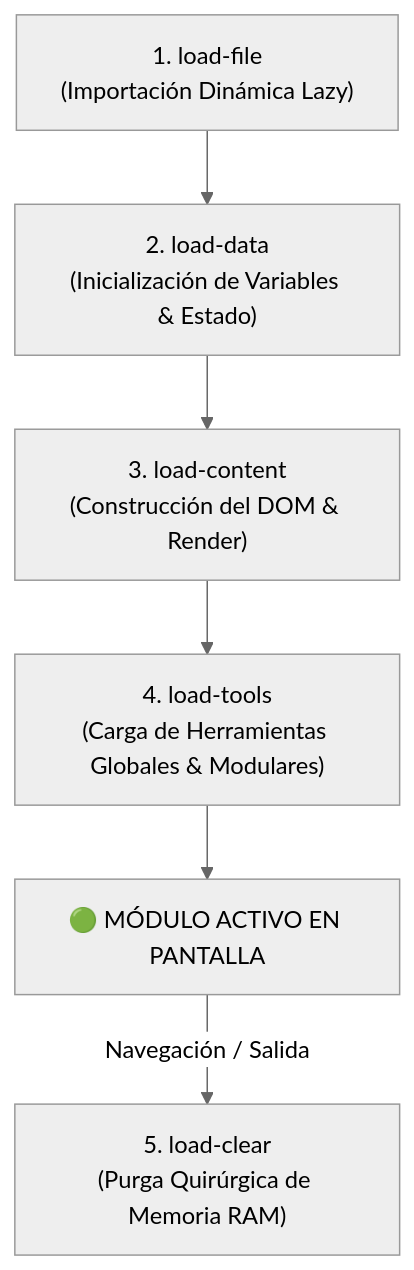
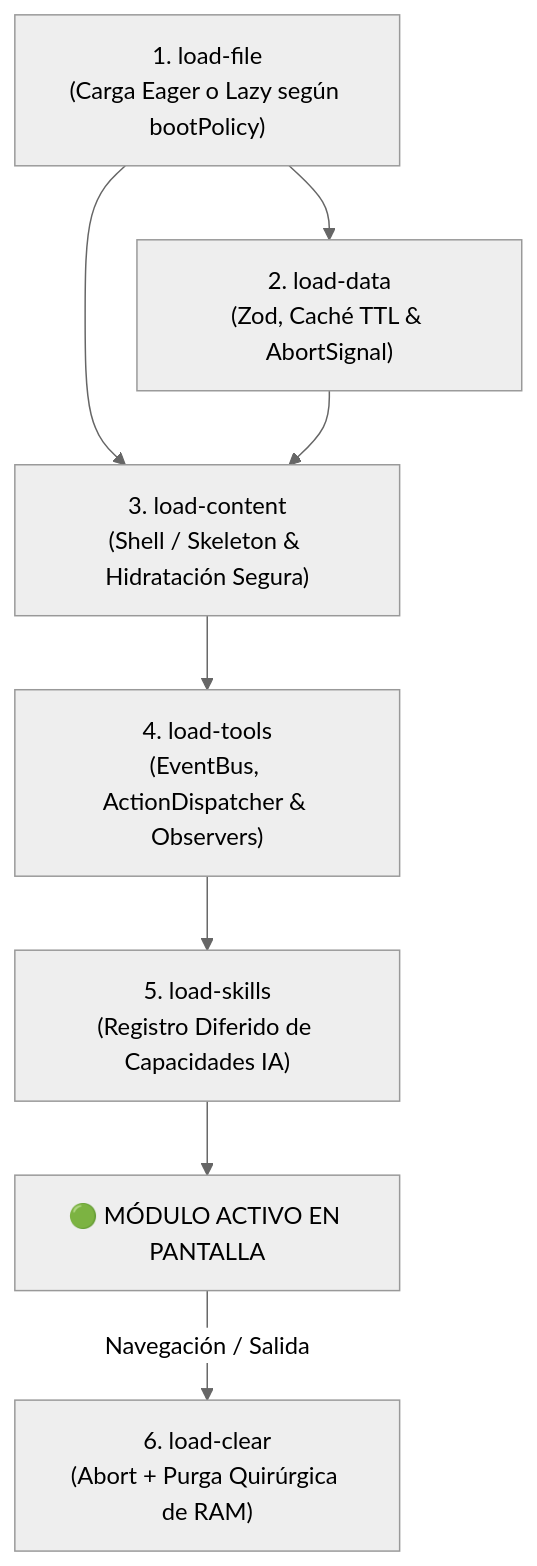
The diagram in docs/modules/module-lifecycle-controller.md (clepces/buca-ai), drawn with Mermaid (neutral theme) before and after one commit. The commit also changed other lines of this file and 201 other files, not shown here.

````diff
--- a/docs/modules/module-lifecycle-controller.md
+++ b/docs/modules/module-lifecycle-controller.md
@@ -49,8 +80,10 @@
 ```mermaid
 flowchart TD
-    Phase1["1. load-file<br/>(Importación Dinámica Lazy)"] --> Phase2["2. load-data<br/>(Inicialización de Variables & Estado)"]
-    Phase2 --> Phase3["3. load-content<br/>(Construcción del DOM & Render)"]
-    Phase3 --> Phase4["4. load-tools<br/>(Carga de Herramientas Globales & Modulares)"]
-    Phase4 --> ActiveState["🟢 MÓDULO ACTIVO EN PANTALLA"]
-    ActiveState -->|Navegación / Salida| Phase5["5. load-clear<br/>(Purga Quirúrgica de Memoria RAM)"]
+    Phase1["1. load-file<br/>(Carga Eager o Lazy según bootPolicy)"] --> Phase2["2. load-data<br/>(Zod, Caché TTL & AbortSignal)"]
+    Phase1 --> Phase3["3. load-content<br/>(Shell / Skeleton & Hidratación Segura)"]
+    Phase2 --> Phase3
+    Phase3 --> Phase4["4. load-tools<br/>(EventBus, ActionDispatcher & Observers)"]
+    Phase4 --> Phase5["5. load-skills<br/>(Registro Diferido de Capacidades IA)"]
+    Phase5 --> ActiveState["🟢 MÓDULO ACTIVO EN PANTALLA"]
+    ActiveState -->|Navegación / Salida| Phase6["6. load-clear<br/>(Abort + Purga Quirúrgica de RAM)"]
 ```
````
